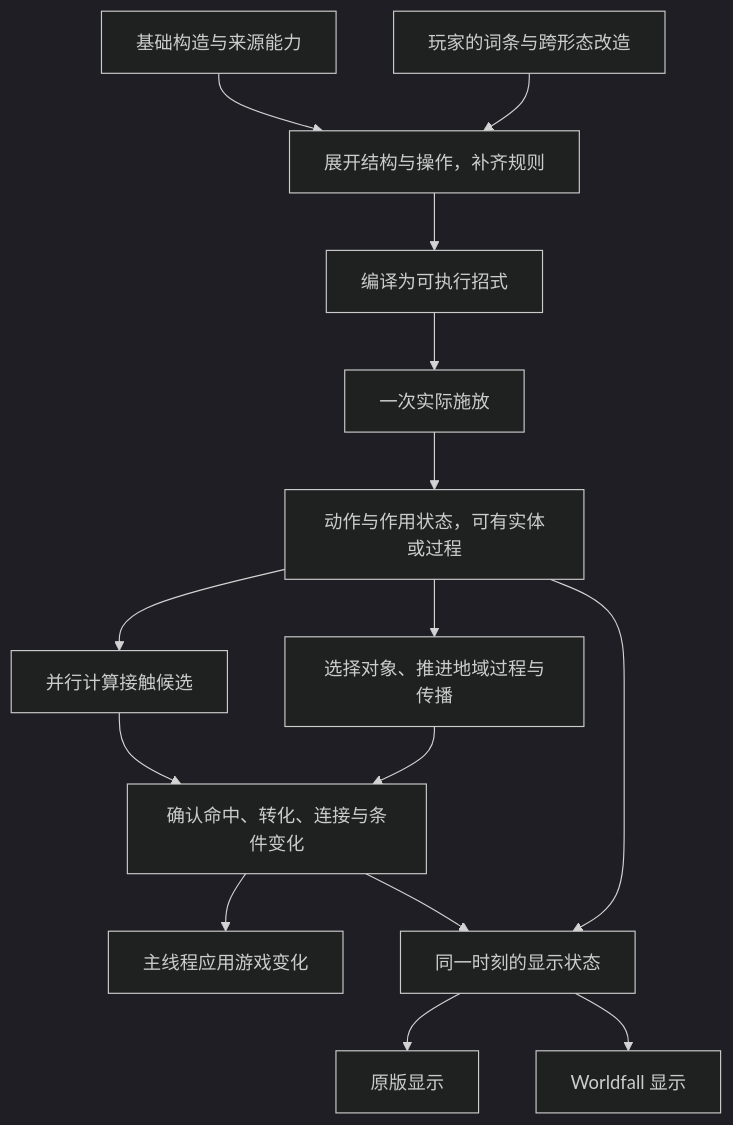
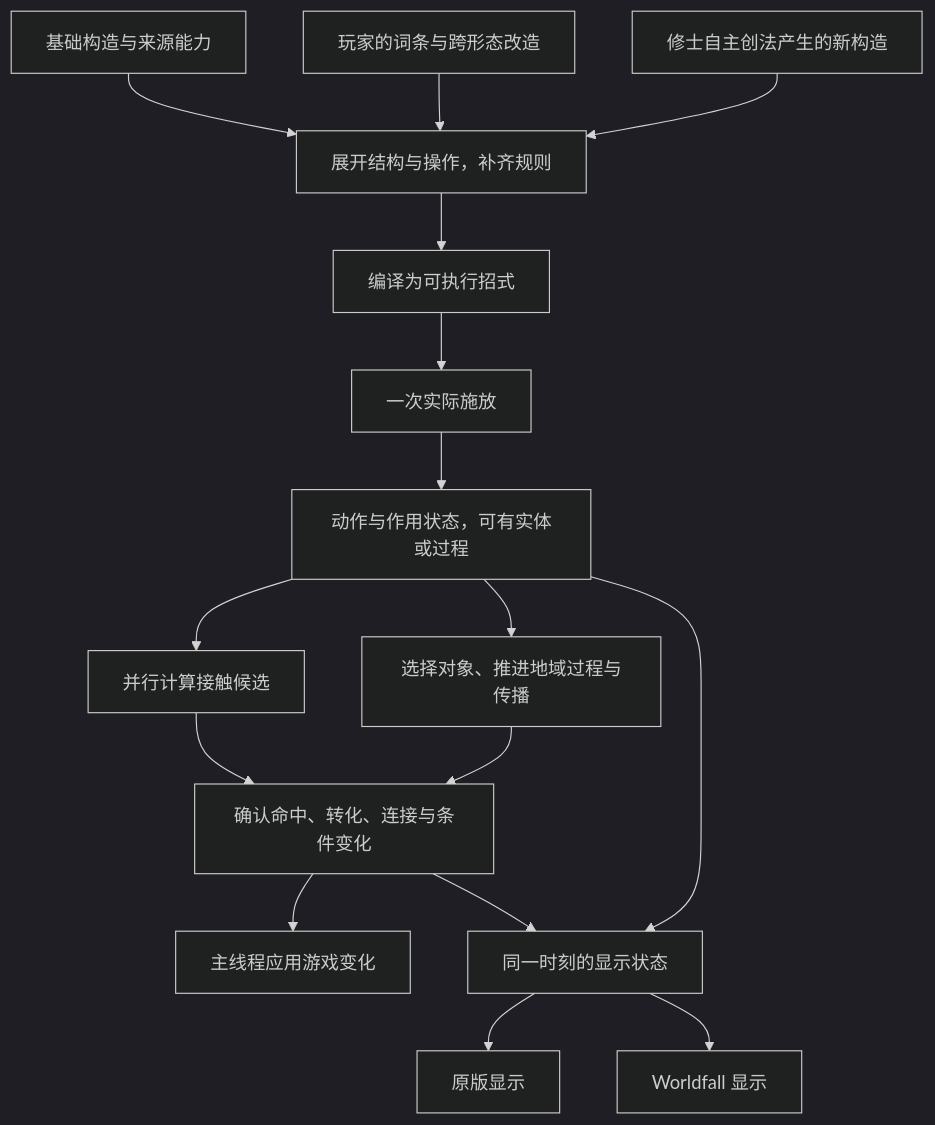
One commit to inmny/Cultiway-Reborn changed the diagram in Doc/技能系统全面重构-摘要.md. Above: the diagram before and after it, drawn with Mermaid (dark theme). The commit also changed other lines of this file and 2 other files, not shown here.

````diff
--- a/Doc/技能系统全面重构-摘要.md
+++ b/Doc/技能系统全面重构-摘要.md
@@ -45,17 +46,18 @@
 ```mermaid
 flowchart TD
     A[基础构造与来源能力] --> M[展开结构与操作，补齐规则]
     B[玩家的词条与跨形态改造] --> M
+    N[修士自主创法产生的新构造] --> M
     M --> C[编译为可执行招式]
     C --> D[一次实际施放]
     D --> E[动作与作用状态，可有实体或过程]
     E --> F[并行计算接触候选]
     E --> L[选择对象、推进地域过程与传播]
     F --> G[确认命中、转化、连接与条件变化]
     L --> G
     G --> H[主线程应用游戏变化]
     E --> I[同一时刻的显示状态]
     G --> I
     I --> J[原版显示]
     I --> K[Worldfall 显示]
 ```
````
